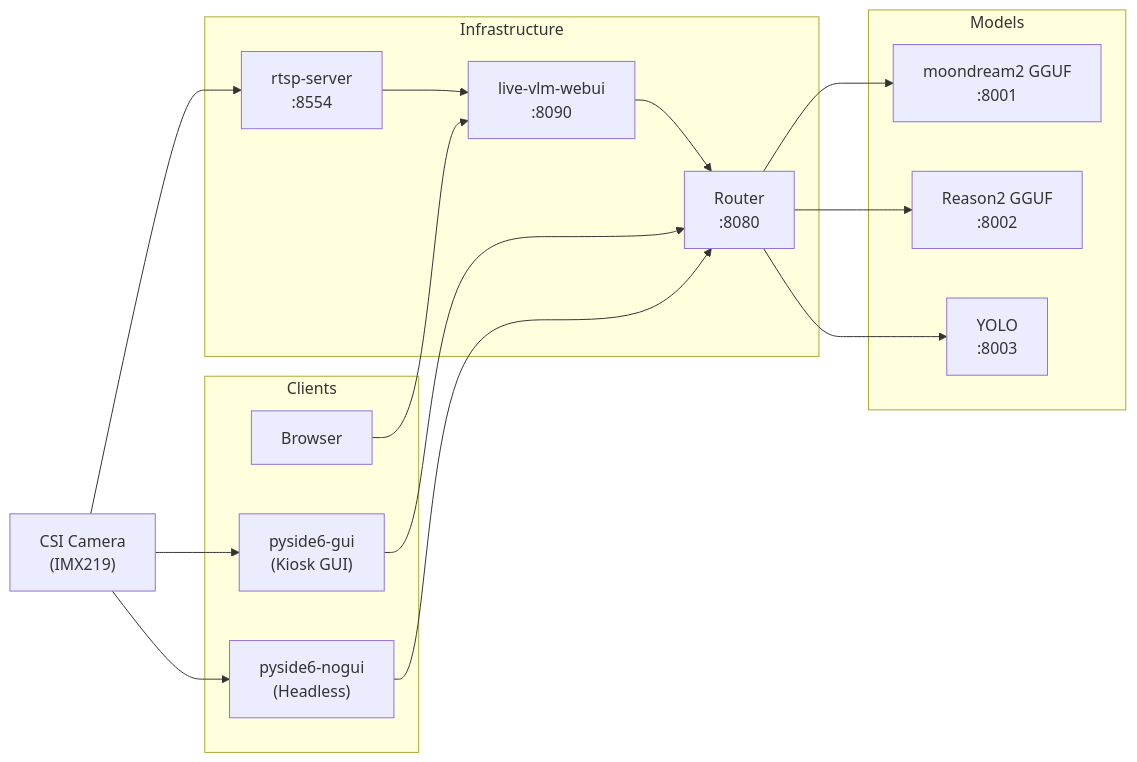
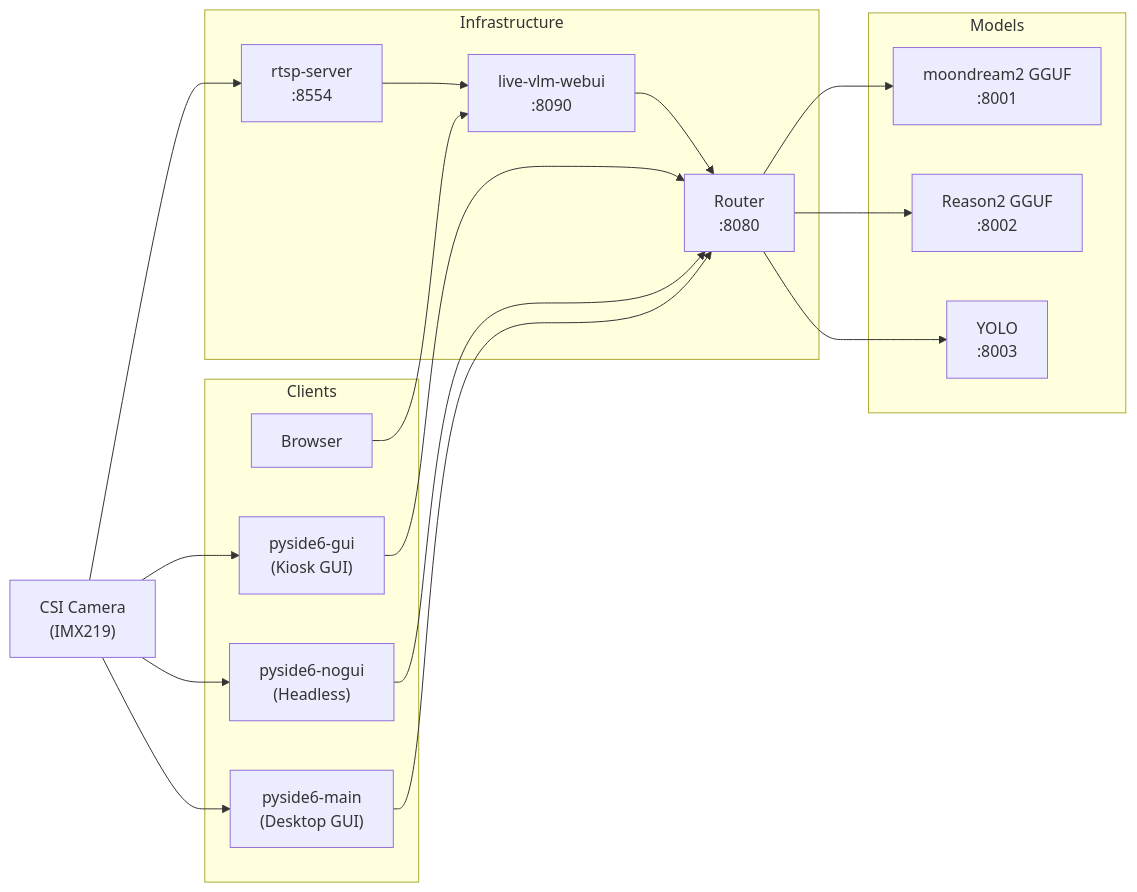
The diagram in readme.md (ccbruce0812/nikko-vlm-webui), drawn with Mermaid before and after one commit. The commit also changed other lines of this file, not shown here.

````diff
--- a/readme.md
+++ b/readme.md
@@ -9,32 +9,35 @@
 ```mermaid
 flowchart LR
     subgraph Clients["Clients"]
         Browser["Browser"]
         Kiosk["pyside6-gui<br/>(Kiosk GUI)"]
         Nogui["pyside6-nogui<br/>(Headless)"]
+        Desktop["pyside6-main<br/>(Desktop GUI)"]
     end
 
     subgraph Infra["Infrastructure"]
         WebUI["live-vlm-webui<br/>:8090"]
         RTSP["rtsp-server<br/>:8554"]
         Router["Router<br/>:8080"]
     end
 
     subgraph Models["Models"]
         Moon["moondream2 GGUF<br/>:8001"]
         Cosmos["Reason2 GGUF<br/>:8002"]
         YOLO["YOLO<br/>:8003"]
     end
 
     CSI["CSI Camera<br/>(IMX219)"]
 
     Browser --> WebUI --> Router
     CSI --> RTSP --> WebUI
     CSI --> Kiosk
     CSI --> Nogui
+    CSI --> Desktop
     Kiosk --> Router
     Nogui --> Router
+    Desktop --> Router
     Router --> Moon
     Router --> Cosmos
     Router --> YOLO
 ```
````
